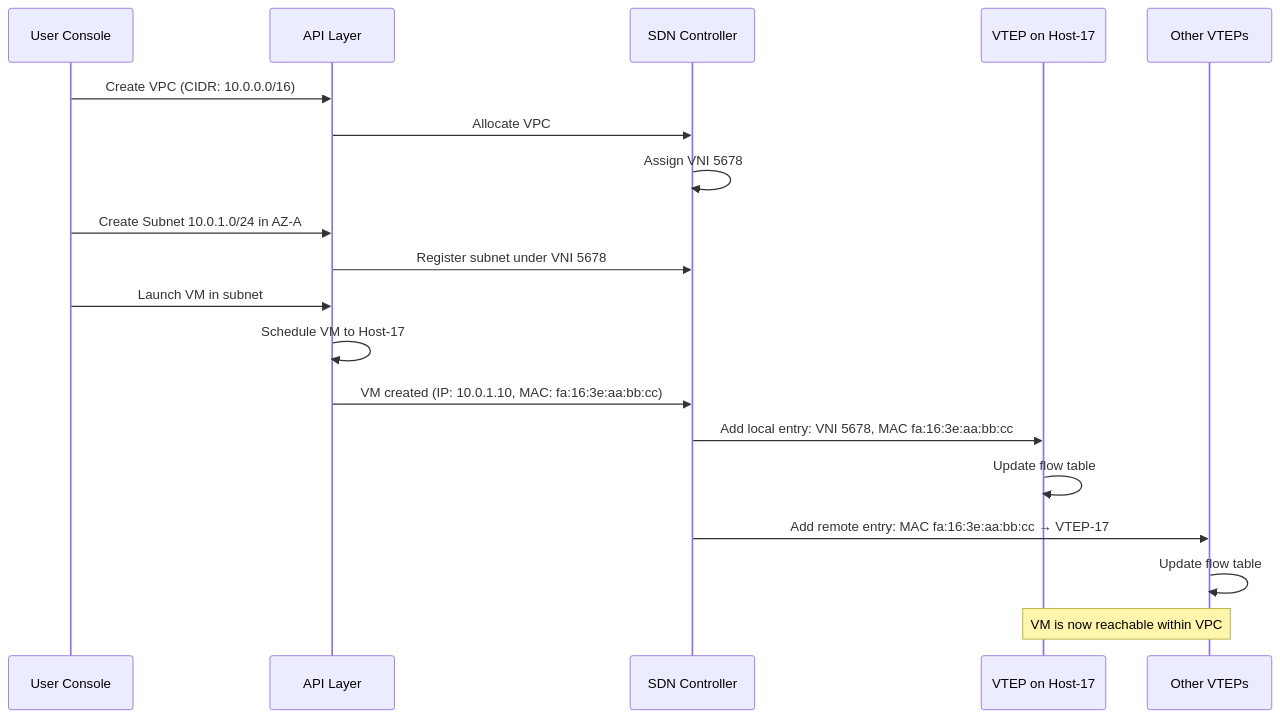
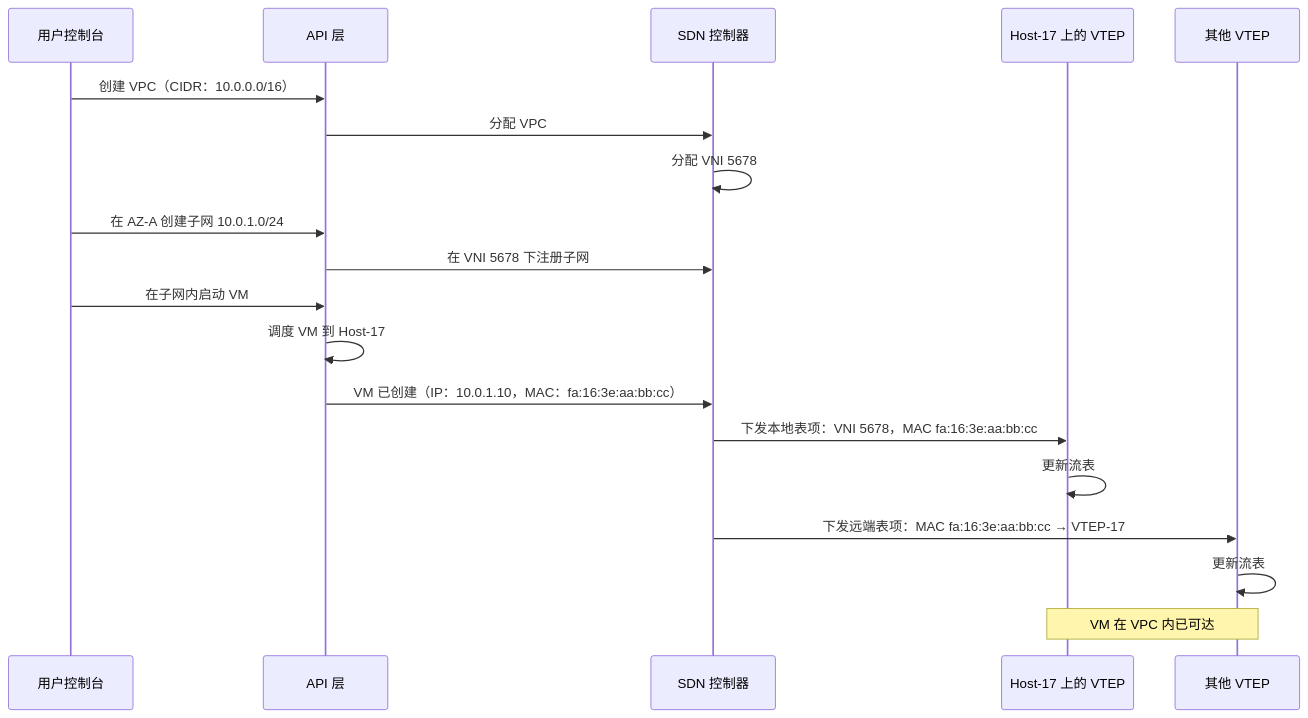
The fourth of 4 diagrams in docs/07.VPC是什么从网络技术到云产品.md (caozhiyi/network-book), drawn with Mermaid before and after one commit. The commit also changed other lines of this file and 77 other files, not shown here.

````diff
--- a/docs/07.VPC是什么从网络技术到云产品.md
+++ b/docs/07.VPC是什么从网络技术到云产品.md
@@ -211,27 +216,27 @@
 ```mermaid
 sequenceDiagram
-    participant User as User Console
-    participant API as API Layer
-    participant SDN as SDN Controller
-    participant VTEP1 as VTEP on Host-17
-    participant VTEP2 as Other VTEPs
+    participant User as 用户控制台
+    participant API as API 层
+    participant SDN as SDN 控制器
+    participant VTEP1 as Host-17 上的 VTEP
+    participant VTEP2 as 其他 VTEP
 
-    User->>API: Create VPC (CIDR: 10.0.0.0/16)
-    API->>SDN: Allocate VPC
-    SDN->>SDN: Assign VNI 5678
+    User->>API: 创建 VPC（CIDR：10.0.0.0/16）
+    API->>SDN: 分配 VPC
+    SDN->>SDN: 分配 VNI 5678
 
-    User->>API: Create Subnet 10.0.1.0/24 in AZ-A
-    API->>SDN: Register subnet under VNI 5678
+    User->>API: 在 AZ-A 创建子网 10.0.1.0/24
+    API->>SDN: 在 VNI 5678 下注册子网
 
-    User->>API: Launch VM in subnet
-    API->>API: Schedule VM to Host-17
-    API->>SDN: VM created (IP: 10.0.1.10, MAC: fa:16:3e:aa:bb:cc)
+    User->>API: 在子网内启动 VM
+    API->>API: 调度 VM 到 Host-17
+    API->>SDN: VM 已创建（IP：10.0.1.10，MAC：fa:16:3e:aa:bb:cc）
 
-    SDN->>VTEP1: Add local entry: VNI 5678, MAC fa:16:3e:aa:bb:cc
-    VTEP1->>VTEP1: Update flow table
+    SDN->>VTEP1: 下发本地表项：VNI 5678，MAC fa:16:3e:aa:bb:cc
+    VTEP1->>VTEP1: 更新流表
 
-    SDN->>VTEP2: Add remote entry: MAC fa:16:3e:aa:bb:cc → VTEP-17
-    VTEP2->>VTEP2: Update flow table
+    SDN->>VTEP2: 下发远端表项：MAC fa:16:3e:aa:bb:cc → VTEP-17
+    VTEP2->>VTEP2: 更新流表
 
-    Note over VTEP1,VTEP2: VM is now reachable within VPC
+    Note over VTEP1,VTEP2: VM 在 VPC 内已可达
 ```
````
